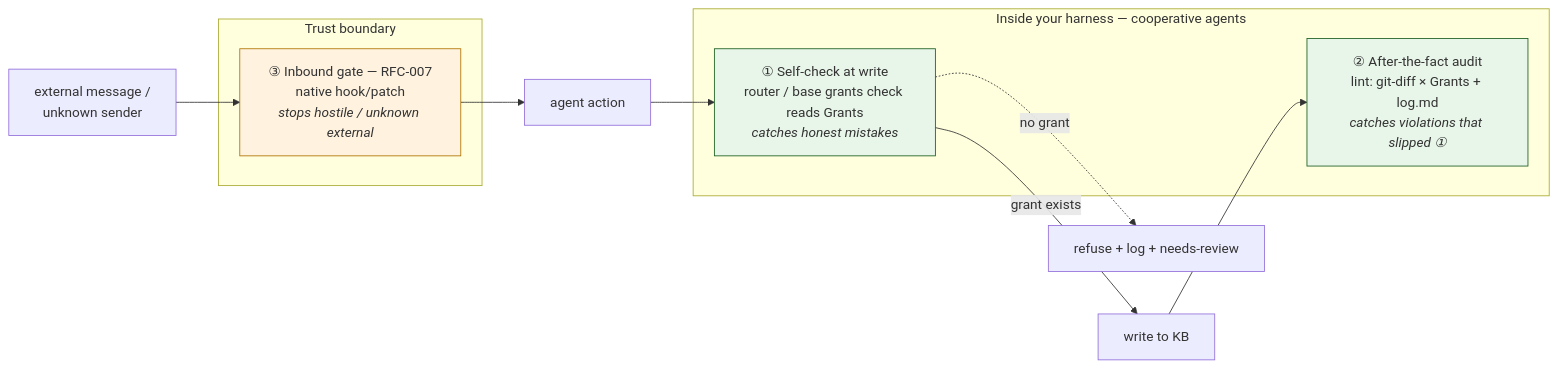
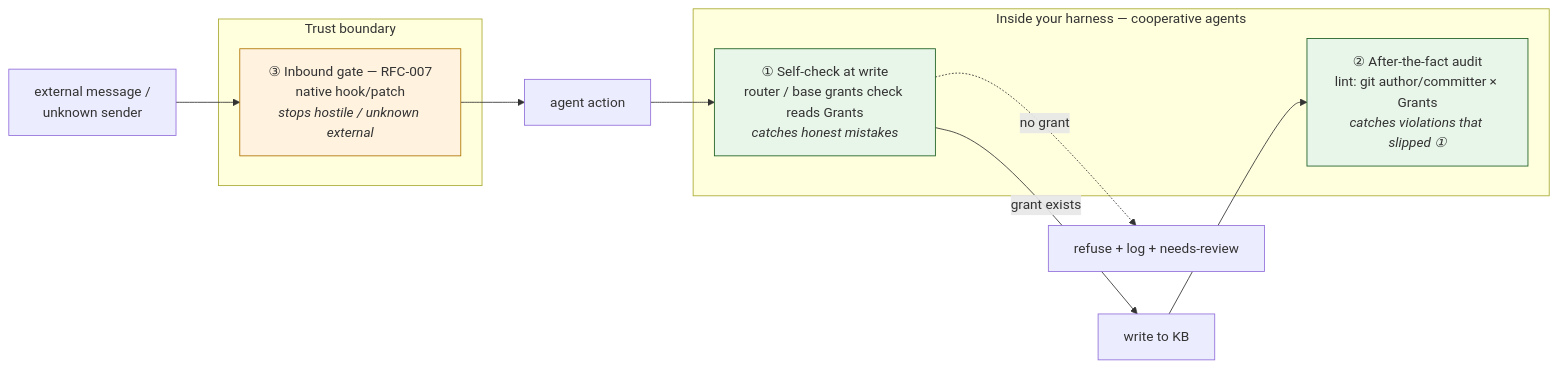
The fifth of 5 diagrams in design/kb-authorization.md (AlmogBaku/aos), drawn with Mermaid before and after one commit. The commit also changed other lines of this file, not shown here.

````diff
--- a/design/kb-authorization.md
+++ b/design/kb-authorization.md
@@ -388,20 +415,20 @@
 ```mermaid
 flowchart LR
     EXT["external message /<br/>unknown sender"] --> G3
     subgraph gate["Trust boundary"]
       G3["③ Inbound gate — RFC-007<br/>native hook/patch<br/><i>stops hostile / unknown external</i>"]
     end
     G3 --> ACT["agent action"]
     subgraph coop["Inside your harness — cooperative agents"]
       G1["① Self-check at write<br/>router / base grants check reads Grants<br/><i>catches honest mistakes</i>"]
-      G2["② After-the-fact audit<br/>lint: git-diff × Grants + log.md<br/><i>catches violations that slipped ①</i>"]
+      G2["② After-the-fact audit<br/>lint: git author/committer × Grants<br/><i>catches violations that slipped ①</i>"]
     end
     ACT --> G1
     G1 -->|"grant exists"| WRITE["write to KB"]
     G1 -.->|"no grant"| REF["refuse + log + needs-review"]
     WRITE --> G2
 
     style G3 fill:#FFF3E0,stroke:#B07300
     style G2 fill:#E8F5E9,stroke:#1B5E20
     style G1 fill:#E8F5E9,stroke:#1B5E20
 ```
````
